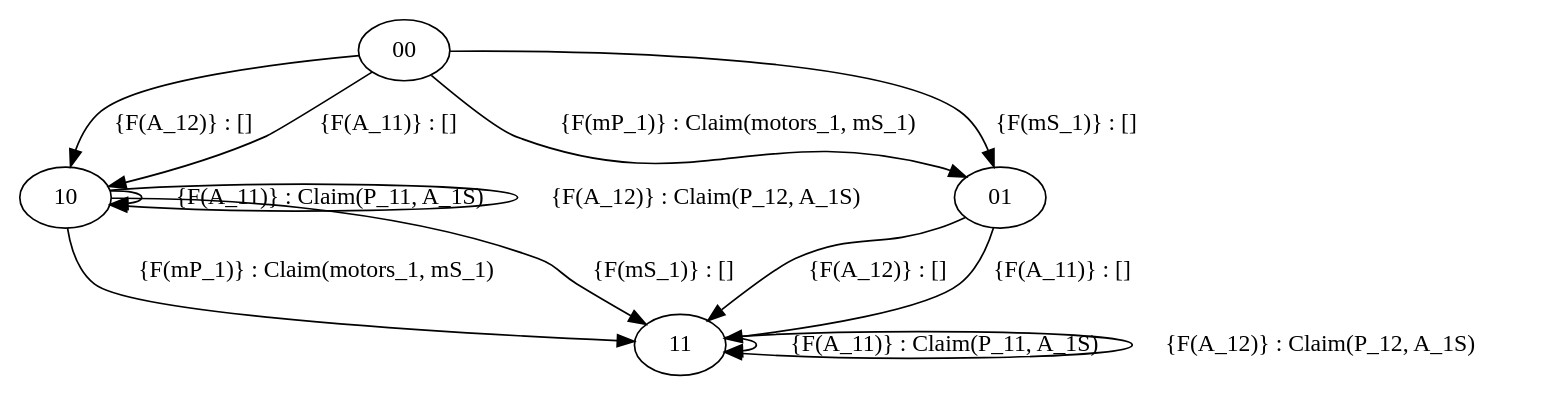
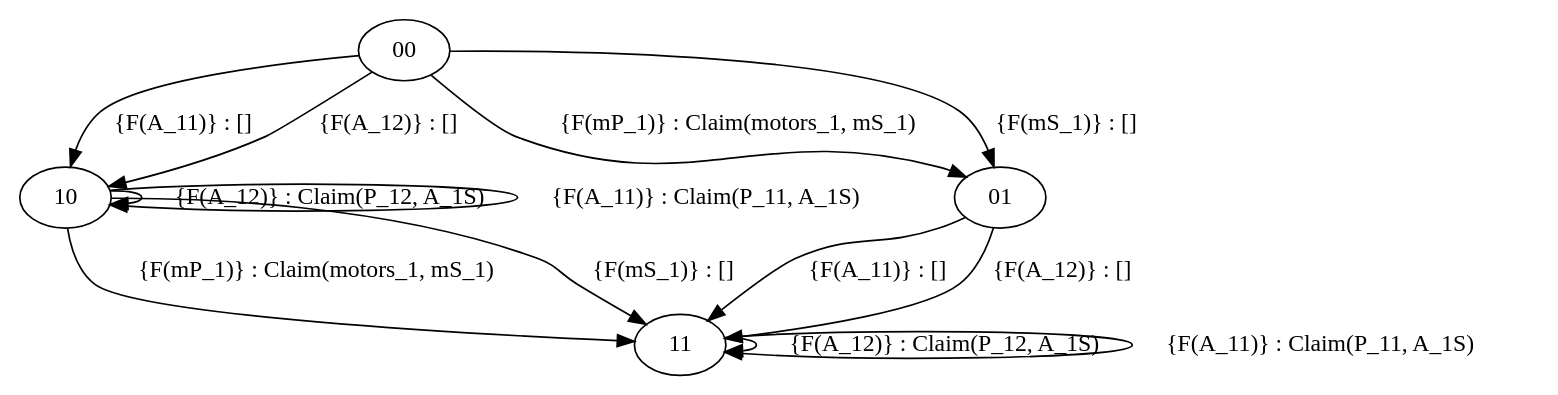
The diagram in de.dlr.sc.virsat.model.extension.fdir.experiments/resources/results/rise2019/rc/rc201.dot (virtualsatellite/VirtualSatellite4-FDIR), drawn with Graphviz before and after one commit. The commit also changed other lines of this file and 16 other files, not shown here.

```diff
--- a/de.dlr.sc.virsat.model.extension.fdir.experiments/resources/results/rise2019/rc/rc201.dot
+++ b/de.dlr.sc.virsat.model.extension.fdir.experiments/resources/results/rise2019/rc/rc201.dot
@@ -1,18 +1,18 @@
 digraph ra {
 00 [label=00]
 10 [label=10]
 01 [label=01]
 11 [label=11]
+00 -> 10 [label="{F(A_11)} : []"]
 00 -> 10 [label="{F(A_12)} : []"]
-00 -> 10 [label="{F(A_11)} : []"]
 00 -> 01 [label="{F(mP_1)} : Claim(motors_1, mS_1) "]
 00 -> 01 [label="{F(mS_1)} : []"]
+01 -> 11 [label="{F(A_11)} : []"]
 01 -> 11 [label="{F(A_12)} : []"]
-01 -> 11 [label="{F(A_11)} : []"]
+11 -> 11 [label="{F(A_12)} : Claim(P_12, A_1S) "]
 11 -> 11 [label="{F(A_11)} : Claim(P_11, A_1S) "]
-11 -> 11 [label="{F(A_12)} : Claim(P_12, A_1S) "]
+10 -> 10 [label="{F(A_12)} : Claim(P_12, A_1S) "]
 10 -> 10 [label="{F(A_11)} : Claim(P_11, A_1S) "]
-10 -> 10 [label="{F(A_12)} : Claim(P_12, A_1S) "]
 10 -> 11 [label="{F(mP_1)} : Claim(motors_1, mS_1) "]
 10 -> 11 [label="{F(mS_1)} : []"]
 }
```
